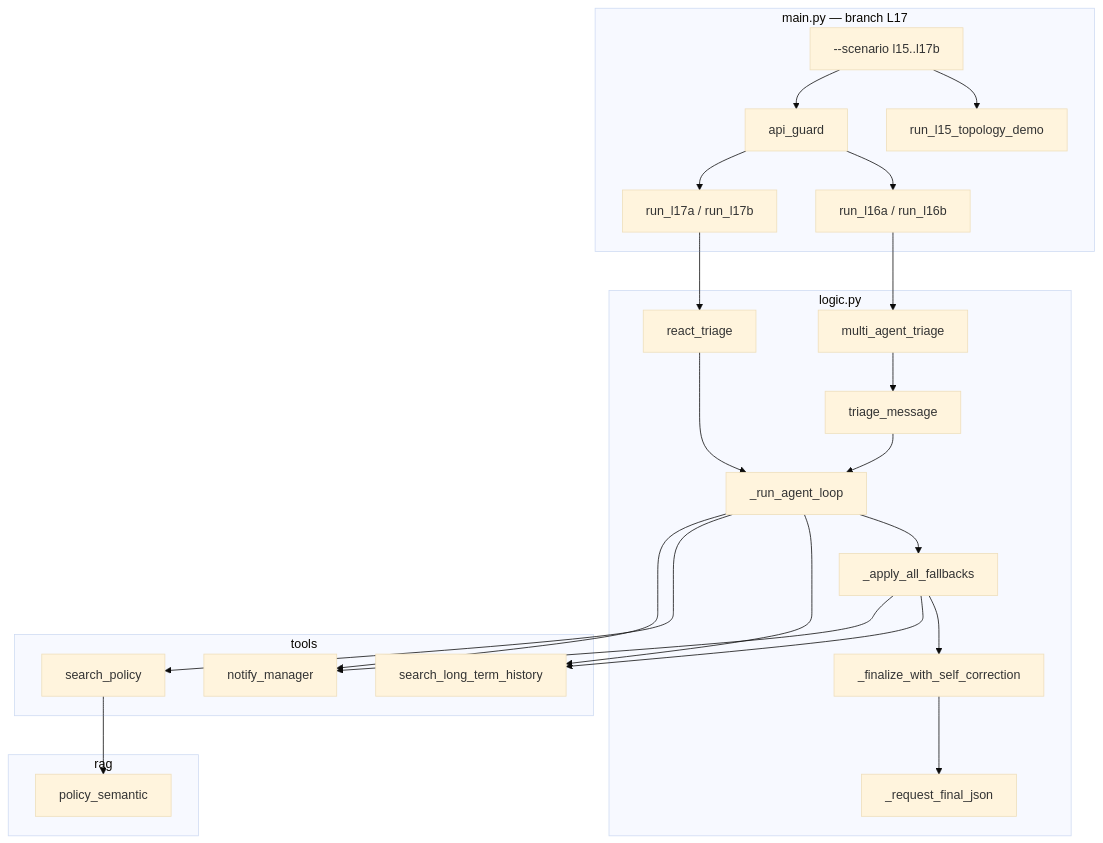
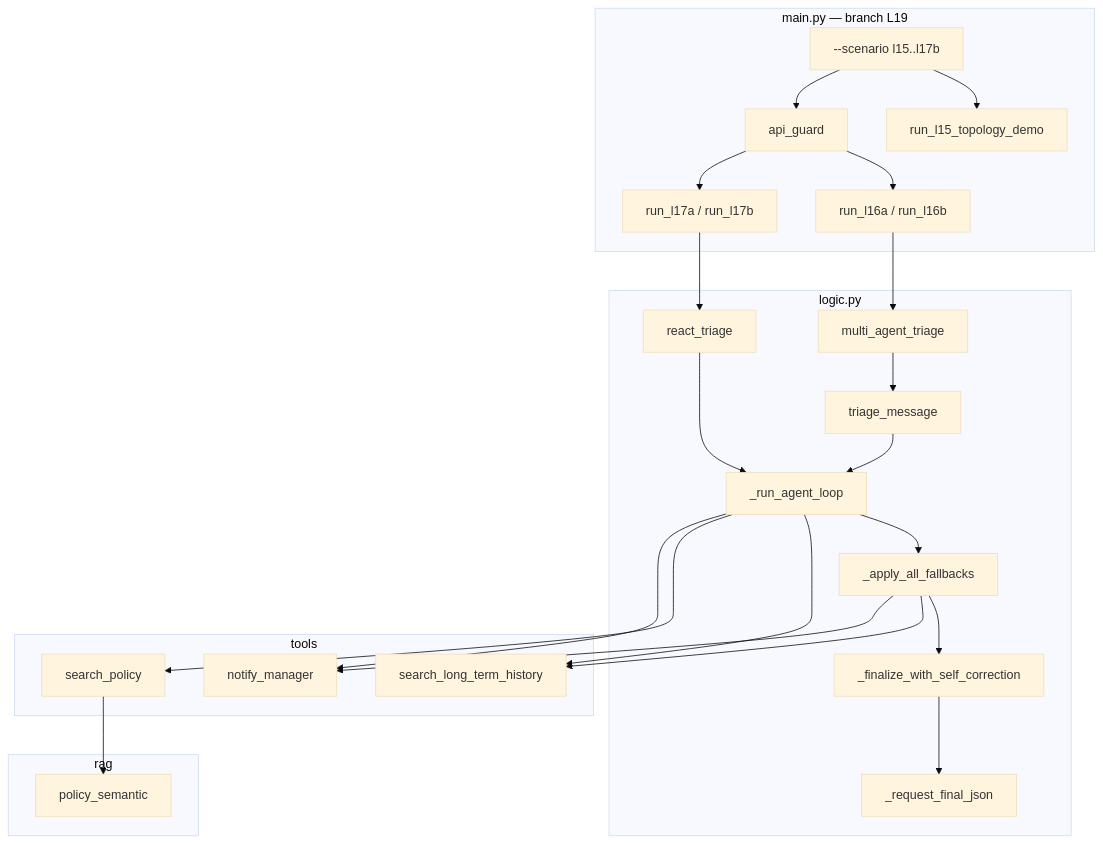
The first of 4 diagrams in README.md (Impesud/agentic-triage-system), drawn with Mermaid (base theme) before and after one commit. The commit also changed other lines of this file and 14 other files, not shown here.

````diff
--- a/README.md
+++ b/README.md
@@ -66,43 +68,43 @@
 ```mermaid
 flowchart TB
-    subgraph main_py [main.py — branch L17]
+    subgraph main_py [main.py — branch L19]
         CLI["--scenario l15..l17b"]
         L15[run_l15_topology_demo]
         L16[run_l16a / run_l16b]
         L17[run_l17a / run_l17b]
         AG[api_guard]
         CLI --> L15
         CLI --> AG
         AG --> L16
         AG --> L17
     end
     subgraph logic_py [logic.py]
         TM[triage_message]
         RT[react_triage]
         MA[multi_agent_triage]
         Loop[_run_agent_loop]
         FB[_apply_all_fallbacks]
         TM --> Loop
         RT --> Loop
         Loop --> FB
         FB --> SC[_finalize_with_self_correction]
         SC --> JSON[_request_final_json]
     end
     subgraph tools_pkg [tools]
         LTM[search_long_term_history]
         SP[search_policy]
         NM[notify_manager]
     end
     subgraph rag_pkg [rag]
         RAG[policy_semantic]
     end
     SP --> RAG
     L16 --> MA
     L17 --> RT
     MA --> TM
     Loop --> LTM
     Loop --> SP
     Loop --> NM
     FB --> LTM
     FB --> NM
 ```
````
